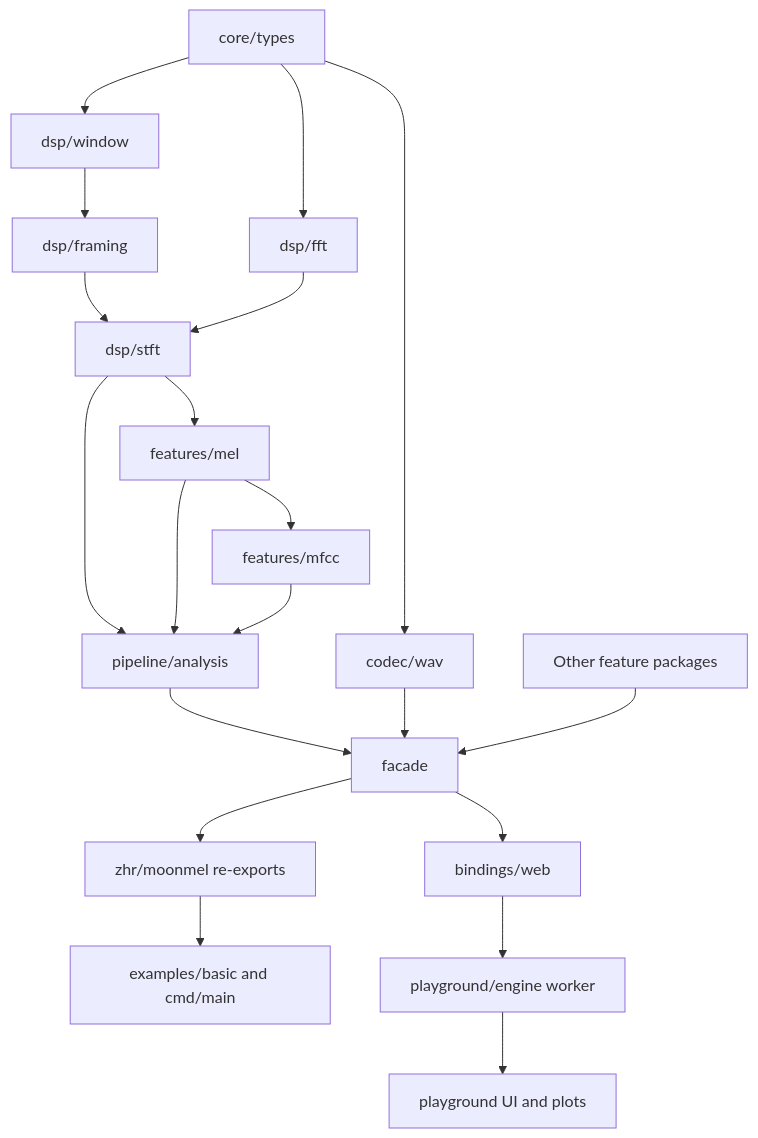
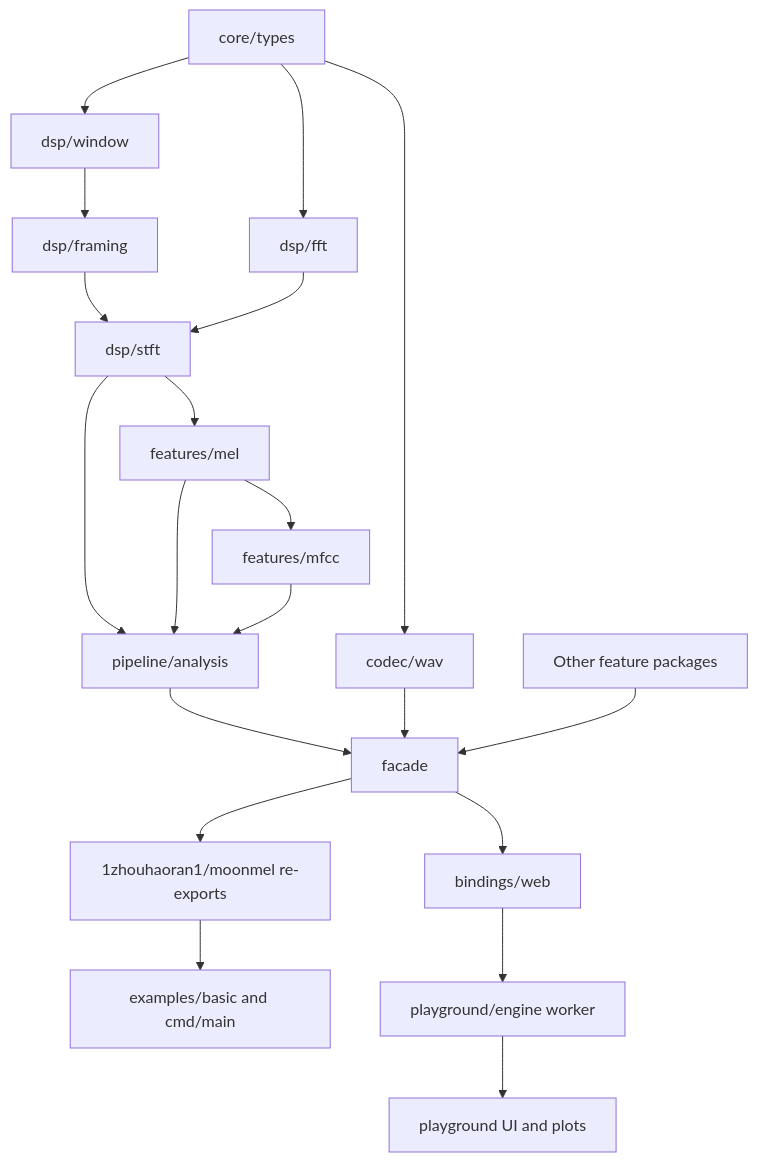
Before and after one commit to 1zhouhaoran1/MoonMel: the diagram in docs/en/ARCHITECTURE.md, drawn with Mermaid. The commit also changed 67 other files, not shown here.

Commit message:
release: update module namespace to 1zhouhaoran1/moonmel and publish v0.1.0

````diff
--- a/docs/en/ARCHITECTURE.md
+++ b/docs/en/ARCHITECTURE.md
@@ -7,22 +7,22 @@
 ```mermaid
 flowchart TD
   Types[core/types] --> Window[dsp/window]
   Types --> FFT[dsp/fft]
   Window --> Framing[dsp/framing]
   Framing --> STFT[dsp/stft]
   FFT --> STFT
   STFT --> Mel[features/mel]
   Mel --> MFCC[features/mfcc]
   STFT --> Analysis[pipeline/analysis]
   Mel --> Analysis
   MFCC --> Analysis
   Types --> WAV[codec/wav]
   Analysis --> Facade[facade]
   WAV --> Facade
   Features[Other feature packages] --> Facade
-  Facade --> Root[zhr/moonmel re-exports]
+  Facade --> Root[1zhouhaoran1/moonmel re-exports]
   Facade --> Web[bindings/web]
   Root --> Example[examples/basic and cmd/main]
   Web --> Worker[playground/engine worker]
   Worker --> UI[playground UI and plots]
 ```
````
